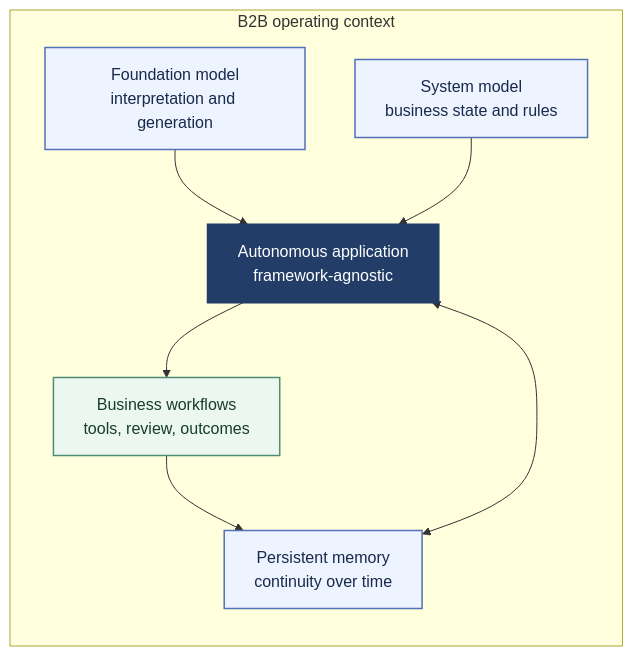
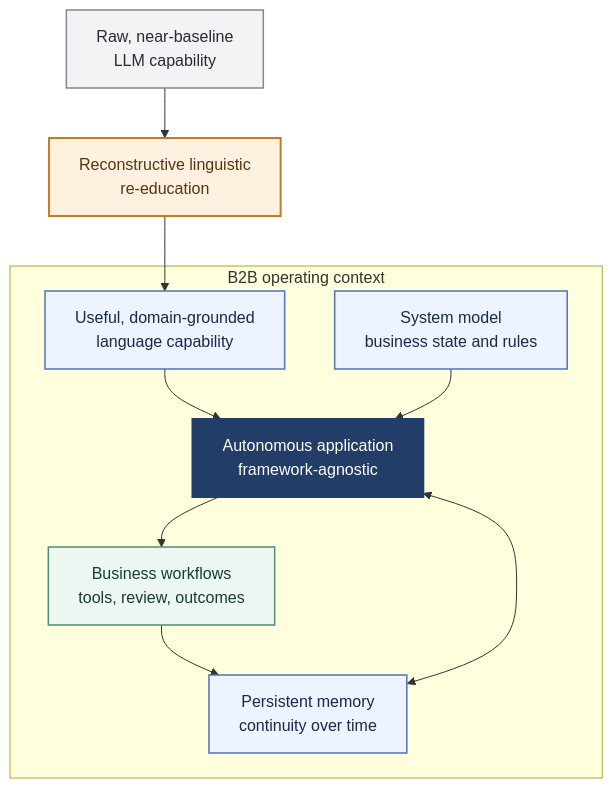
One commit to glaucodeveloper/glaucodeveloper changed the diagram in README.md. Above: the diagram before and after it, drawn with Mermaid. The commit also changed other lines of this file, not shown here.

Commit message:
docs: highlight reconstructive linguistic re-education

````diff
--- a/README.md
+++ b/README.md
@@ -7,23 +7,28 @@
 ```mermaid
-flowchart LR
+flowchart TB
+  RAW["Raw, near-baseline<br/>LLM capability"] --> RE["Reconstructive linguistic<br/>re-education"] --> CAP["Useful, domain-grounded<br/>language capability"]
+
   subgraph B2B["B2B operating context"]
-    FM["Foundation model<br/>interpretation and generation"]
     SM["System model<br/>business state and rules"]
     MEM["Persistent memory<br/>continuity over time"]
     APP["Autonomous application<br/>framework-agnostic"]
     FLOW["Business workflows<br/>tools, review, outcomes"]
 
-    FM --> APP
+    CAP --> APP
     SM --> APP
     MEM <--> APP
     APP --> FLOW
     FLOW --> MEM
   end
 
+  classDef source fill:#f2f3f5,stroke:#818894,color:#252a33,stroke-width:1.5px;
+  classDef reconstruction fill:#fff1df,stroke:#c47b26,color:#57350e,stroke-width:2px;
   classDef concept fill:#edf3ff,stroke:#5271b8,color:#18294b,stroke-width:1.5px;
   classDef app fill:#213d68,stroke:#213d68,color:#ffffff,stroke-width:2px;
   classDef workflow fill:#edf7f2,stroke:#4f8d72,color:#173c2c,stroke-width:1.5px;
-  class FM,SM,MEM concept;
+  class RAW source;
+  class RE reconstruction;
+  class CAP,SM,MEM concept;
   class APP app;
   class FLOW workflow;
 ```
````
